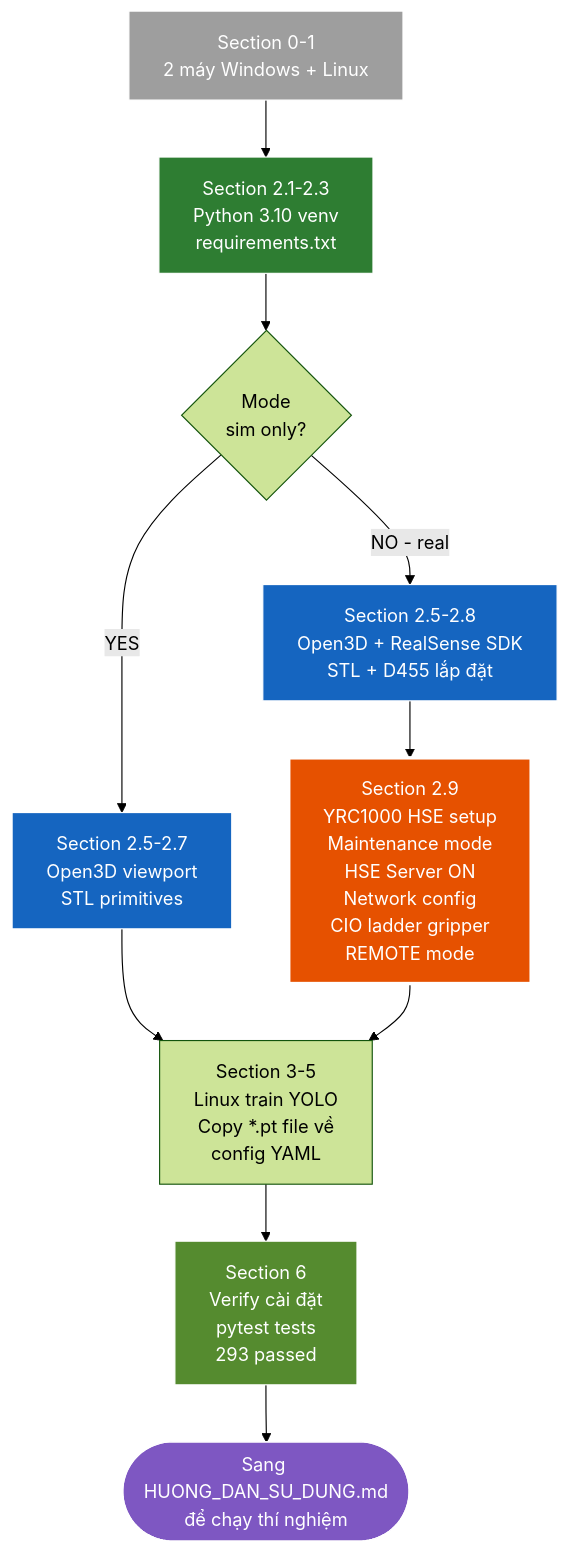
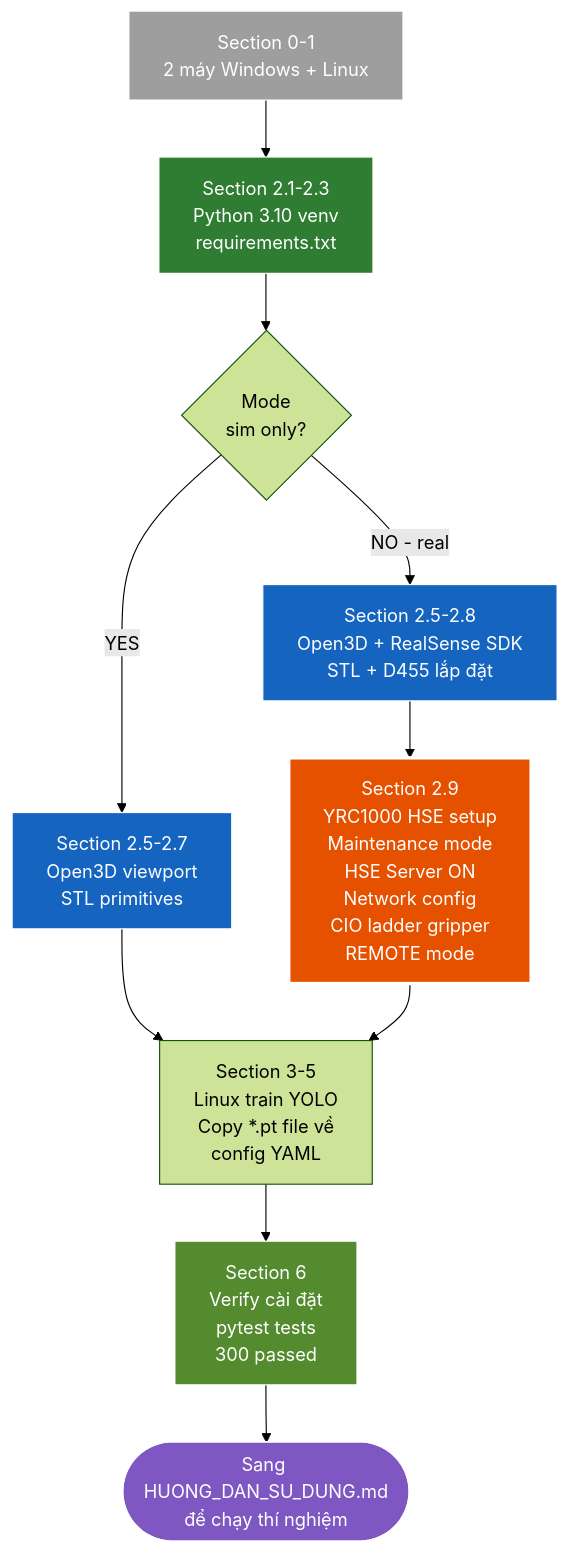
The diagram in docs/HUONG_DAN_CAI_DAT.md (manhhv87/DTwinGP7), drawn with Mermaid (forest theme) before and after one commit. The commit also changed other lines of this file and 45 other files, not shown here.

````diff
--- a/docs/HUONG_DAN_CAI_DAT.md
+++ b/docs/HUONG_DAN_CAI_DAT.md
@@ -17,20 +17,20 @@
 ```mermaid
 flowchart TB
     S0[Section 0-1<br/>2 máy Windows + Linux] --> S1[Section 2.1-2.3<br/>Python 3.10 venv<br/>requirements.txt]
     S1 --> Q1{Mode<br/>sim only?}
     Q1 -->|YES| S2A[Section 2.5-2.7<br/>Open3D viewport<br/>STL primitives]
     Q1 -->|NO - real| S2B[Section 2.5-2.8<br/>Open3D + RealSense SDK<br/>STL + D455 lắp đặt]
     S2B --> S3[Section 2.9<br/>YRC1000 HSE setup<br/>Maintenance mode<br/>HSE Server ON<br/>Network config<br/>CIO ladder gripper<br/>REMOTE mode]
     S2A --> S4[Section 3-5<br/>Linux train YOLO<br/>Copy *.pt file về<br/>config YAML]
     S3 --> S4
-    S4 --> S5[Section 6<br/>Verify cài đặt<br/>pytest tests<br/>293 passed]
+    S4 --> S5[Section 6<br/>Verify cài đặt<br/>pytest tests<br/>300 passed]
     S5 --> DONE([Sang HUONG_DAN_SU_DUNG.md<br/>để chạy thí nghiệm])
 
     style S0 fill:#9E9E9E,stroke:#fff,color:#fff
     style S1 fill:#2E7D32,stroke:#fff,color:#fff
     style S2A fill:#1565C0,stroke:#fff,color:#fff
     style S2B fill:#1565C0,stroke:#fff,color:#fff
     style S3 fill:#E65100,stroke:#fff,stroke-width:3px,color:#fff
     style S5 fill:#558B2F,stroke:#fff,color:#fff
     style DONE fill:#7E57C2,stroke:#fff,color:#fff
 ```
````
